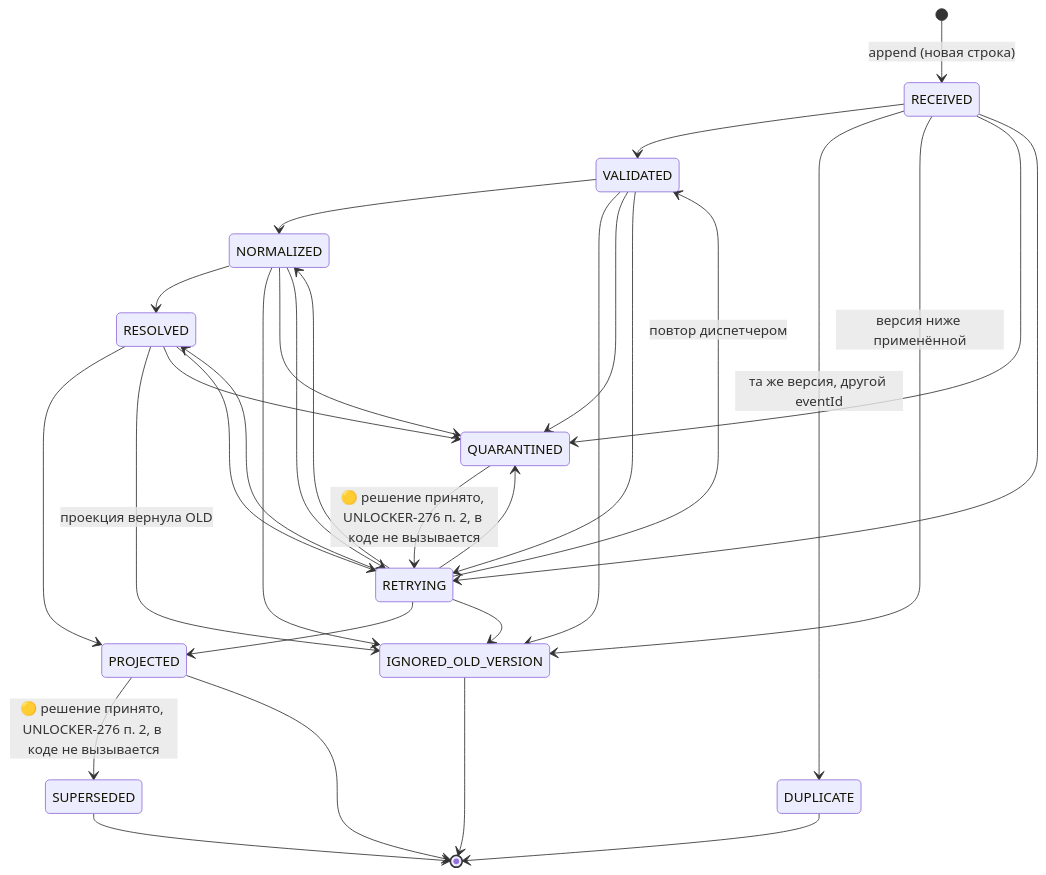
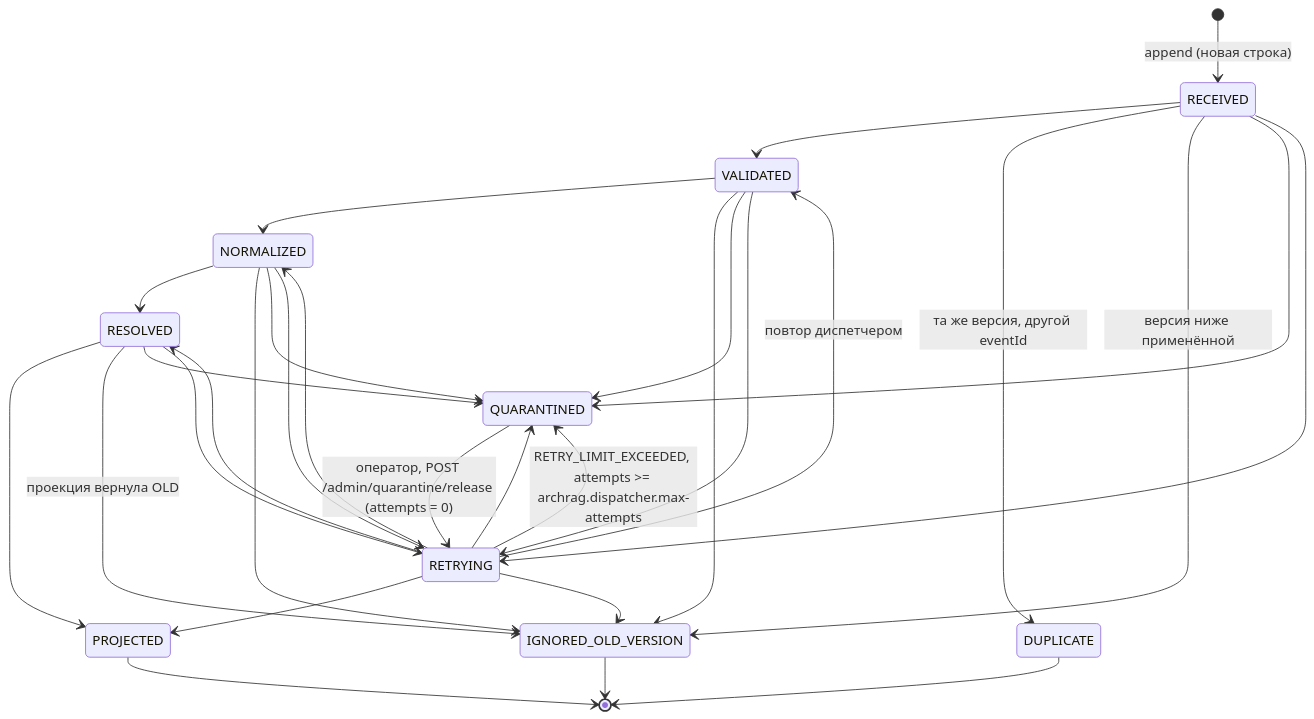
Before and after one commit to Unlocker/architecture-rag: the first of 10 diagrams in _reversa_sdd/state-machines.md, drawn with Mermaid. The commit also changed other lines of this file and 55 other files, not shown here.

Commit message:
UNLOCKER-281: жизненный цикл DLQ — replayed_at, возврат из карантина, лимит RETRYING, удаление SUPERSEDED

````diff
--- a/_reversa_sdd/state-machines.md
+++ b/_reversa_sdd/state-machines.md
@@ -42,33 +43,32 @@
 ```mermaid
 stateDiagram-v2
     [*] --> RECEIVED: append (новая строка)
     RECEIVED --> VALIDATED
     VALIDATED --> NORMALIZED
     NORMALIZED --> RESOLVED
     RESOLVED --> PROJECTED
     RECEIVED --> DUPLICATE: та же версия, другой eventId
     RECEIVED --> IGNORED_OLD_VERSION: версия ниже применённой
     VALIDATED --> IGNORED_OLD_VERSION
     NORMALIZED --> IGNORED_OLD_VERSION
     RESOLVED --> IGNORED_OLD_VERSION: проекция вернула OLD
     RECEIVED --> QUARANTINED
     VALIDATED --> QUARANTINED
     NORMALIZED --> QUARANTINED
     RESOLVED --> QUARANTINED
     RECEIVED --> RETRYING
     VALIDATED --> RETRYING
     NORMALIZED --> RETRYING
     RESOLVED --> RETRYING
     RETRYING --> VALIDATED: повтор диспетчером
     RETRYING --> NORMALIZED
     RETRYING --> RESOLVED
     RETRYING --> PROJECTED
     RETRYING --> QUARANTINED
     RETRYING --> IGNORED_OLD_VERSION
-    QUARANTINED --> RETRYING: 🟡 решение принято, UNLOCKER-276 п. 2, в коде не вызывается
-    PROJECTED --> SUPERSEDED: 🟡 решение принято, UNLOCKER-276 п. 2, в коде не вызывается
+    QUARANTINED --> RETRYING: оператор, POST /admin/quarantine/release (attempts = 0)
+    RETRYING --> QUARANTINED: RETRY_LIMIT_EXCEEDED, attempts >= archrag.dispatcher.max-attempts
     PROJECTED --> [*]
     DUPLICATE --> [*]
     IGNORED_OLD_VERSION --> [*]
-    SUPERSEDED --> [*]
 ```
````
